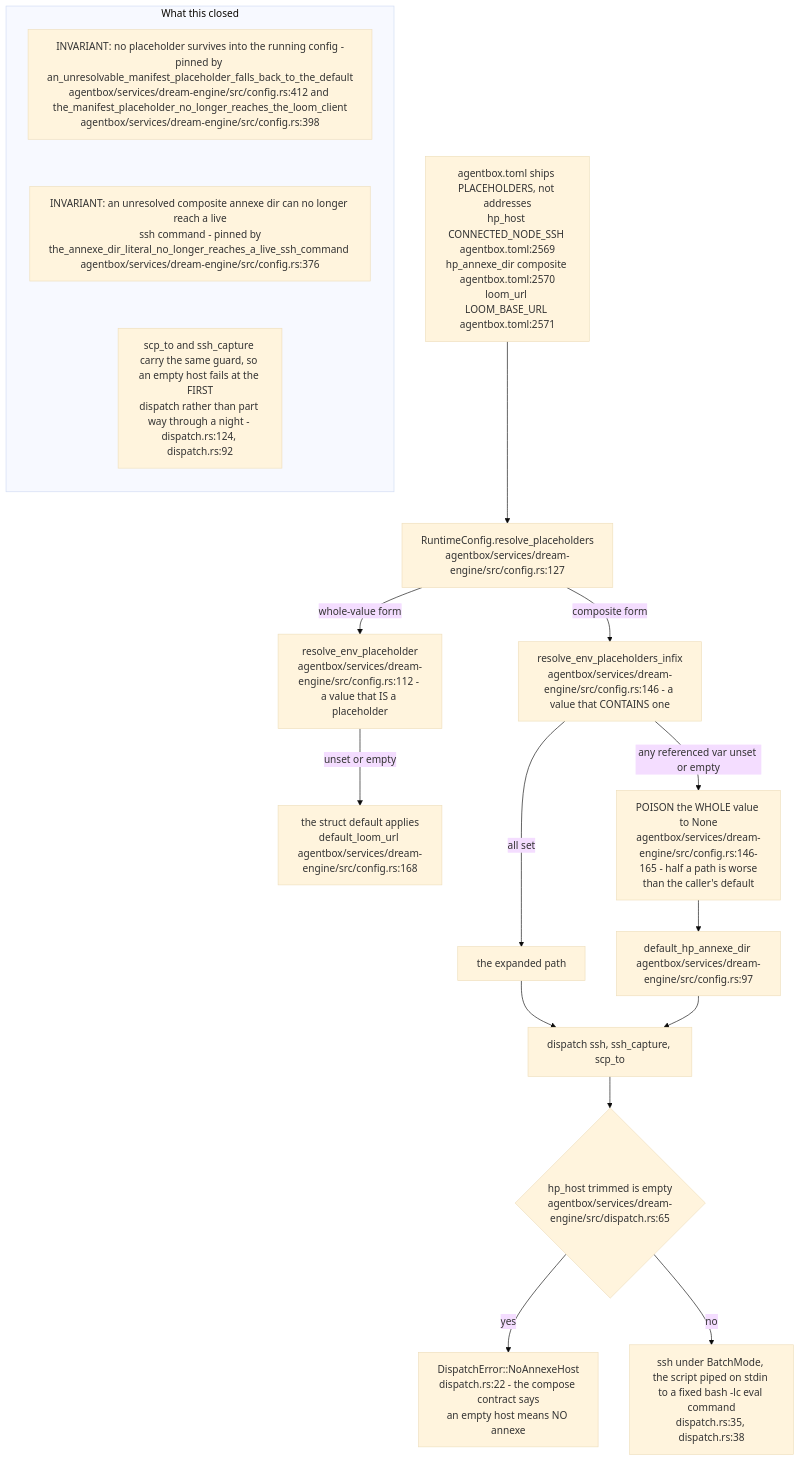
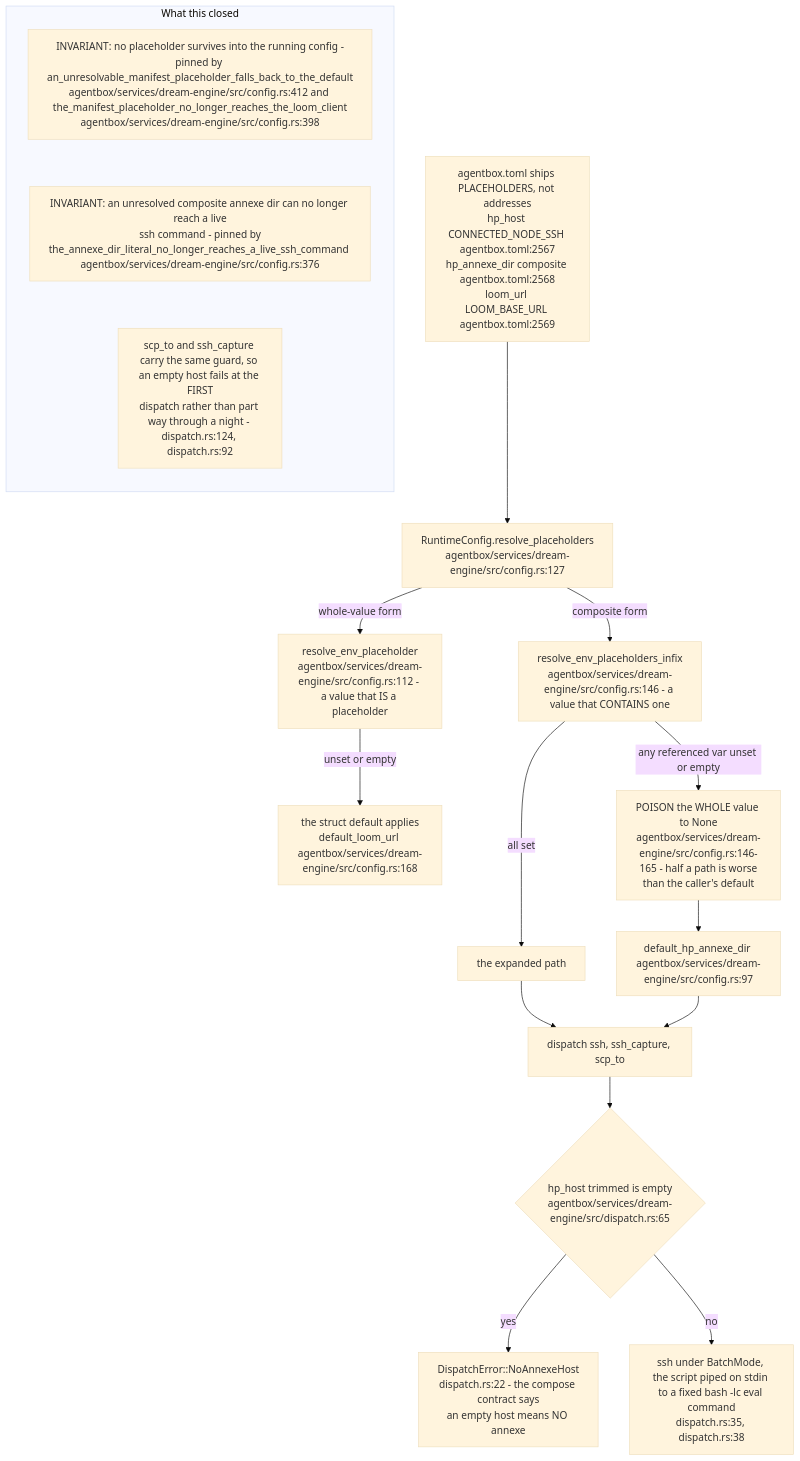
Diagram 16 of 22 in docs/diagrams/agentbox/23-dream-engine.md (DreamLab-AI/VisionFlow), drawn with Mermaid (base theme) before and after one commit. The commit also changed other lines of this file and 145 other files, not shown here.

````diff
--- a/docs/diagrams/agentbox/23-dream-engine.md
+++ b/docs/diagrams/agentbox/23-dream-engine.md
@@ -833,23 +835,23 @@
 ```mermaid
 flowchart TB
-    TOML["agentbox.toml ships PLACEHOLDERS, not addresses<br/>hp_host CONNECTED_NODE_SSH agentbox.toml:2569<br/>hp_annexe_dir composite agentbox.toml:2570<br/>loom_url LOOM_BASE_URL agentbox.toml:2571"]
+    TOML["agentbox.toml ships PLACEHOLDERS, not addresses<br/>hp_host CONNECTED_NODE_SSH agentbox.toml:2567<br/>hp_annexe_dir composite agentbox.toml:2568<br/>loom_url LOOM_BASE_URL agentbox.toml:2569"]
     TOML --> RP["RuntimeConfig.resolve_placeholders<br/>agentbox/services/dream-engine/src/config.rs:127"]
     RP -->|"whole-value form"| W["resolve_env_placeholder<br/>agentbox/services/dream-engine/src/config.rs:112 - a value that IS a placeholder"]
     RP -->|"composite form"| I["resolve_env_placeholders_infix<br/>agentbox/services/dream-engine/src/config.rs:146 - a value that CONTAINS one"]
     W -->|"unset or empty"| D1["the struct default applies<br/>default_loom_url agentbox/services/dream-engine/src/config.rs:168"]
     I -->|"any referenced var unset or empty"| D2["POISON the WHOLE value to None<br/>agentbox/services/dream-engine/src/config.rs:146-165 - half a path is worse<br/>than the caller's default"]
     D2 --> D3["default_hp_annexe_dir agentbox/services/dream-engine/src/config.rs:97"]
     I -->|"all set"| OK["the expanded path"]
     OK --> DISP["dispatch ssh, ssh_capture, scp_to"]
     D3 --> DISP
     DISP --> GUARD{"hp_host trimmed is empty<br/>agentbox/services/dream-engine/src/dispatch.rs:65"}
     GUARD -->|"yes"| NAH["DispatchError::NoAnnexeHost<br/>dispatch.rs:22 - the compose contract says<br/>an empty host means NO annexe"]
     GUARD -->|"no"| SSH["ssh under BatchMode, the script piped on stdin to a fixed bash -lc eval command<br/>dispatch.rs:35, dispatch.rs:38"]
     subgraph notes["What this closed"]
         direction TB
         N1["INVARIANT: no placeholder survives into the running config -<br/>pinned by an_unresolvable_manifest_placeholder_falls_back_to_the_default<br/>agentbox/services/dream-engine/src/config.rs:412 and the_manifest_placeholder_no_longer_reaches_the_loom_client<br/>agentbox/services/dream-engine/src/config.rs:398"]
         N2["INVARIANT: an unresolved composite annexe dir can no longer reach a live<br/>ssh command - pinned by<br/>the_annexe_dir_literal_no_longer_reaches_a_live_ssh_command agentbox/services/dream-engine/src/config.rs:376"]
         N3["scp_to and ssh_capture carry the same guard, so an empty host fails at the FIRST<br/>dispatch rather than part way through a night - dispatch.rs:124, dispatch.rs:92"]
         N1 ~~~ N2 ~~~ N3
     end
 ```
````
